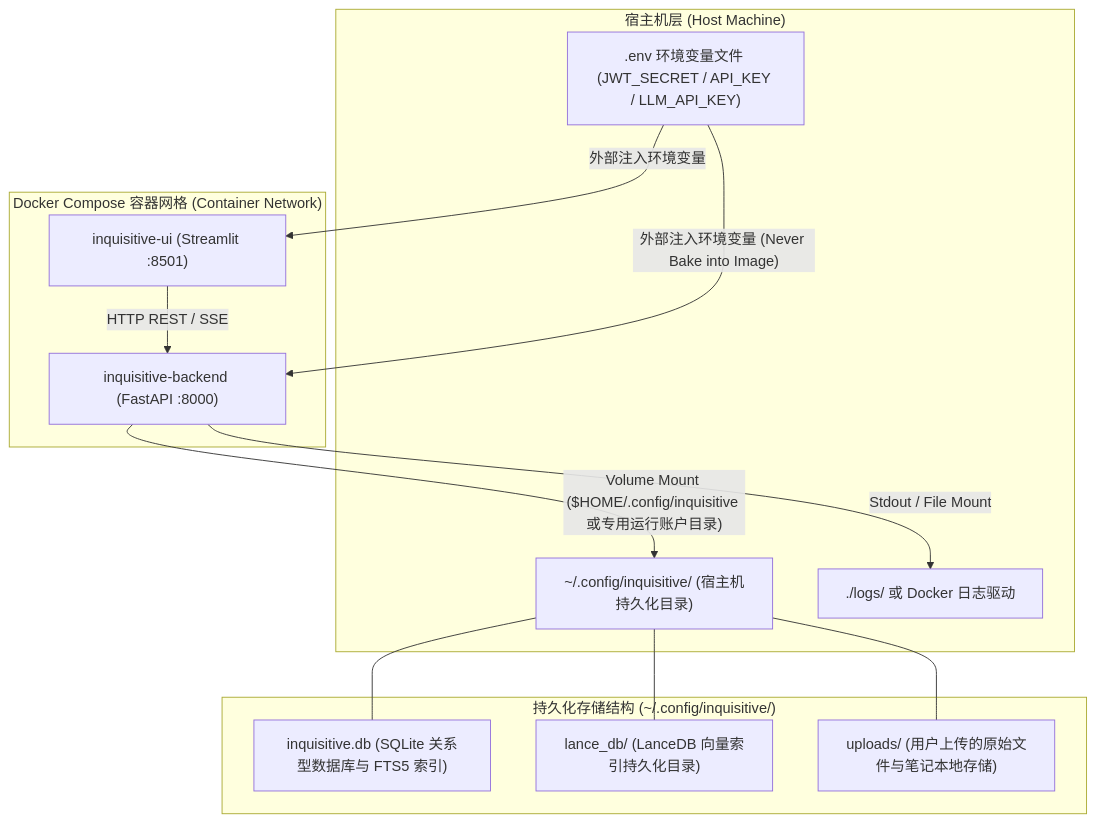
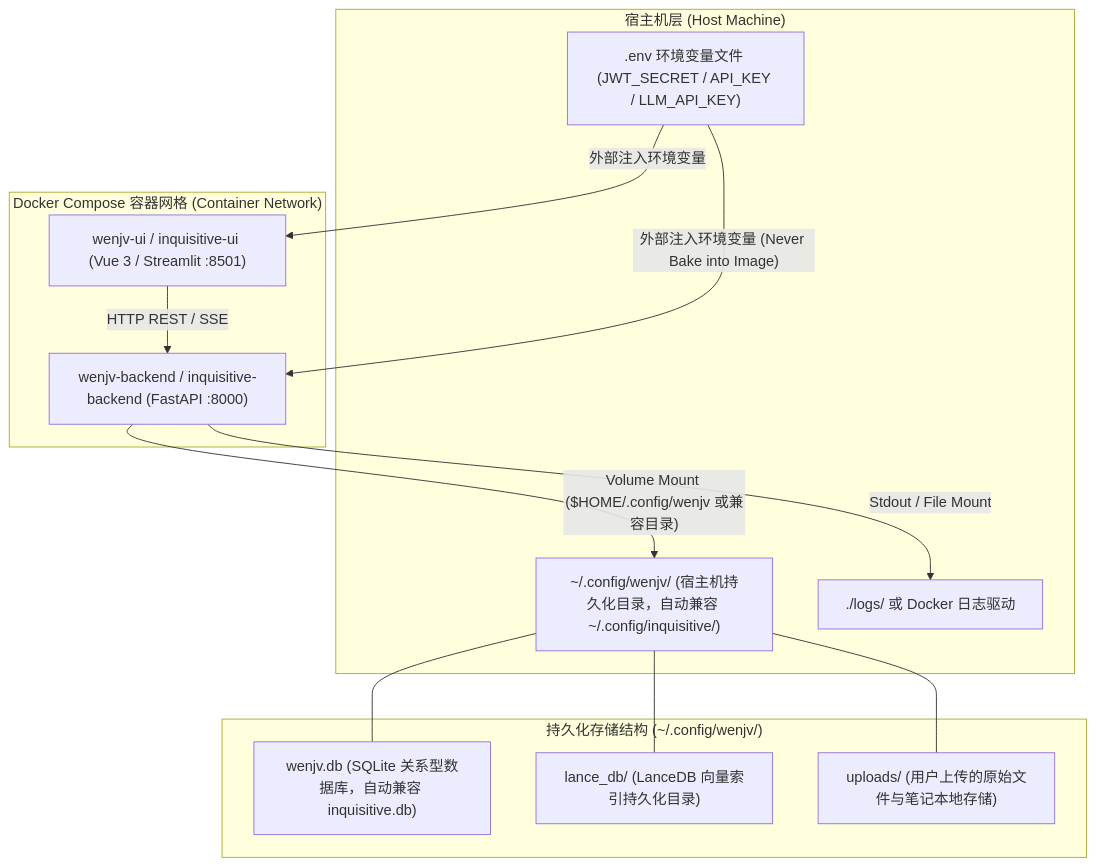
The diagram in docs/deployment-diagram.md (lanzaoi/wenjv), drawn with Mermaid before and after one commit. The commit also changed other lines of this file and 28 other files, not shown here.

````diff
--- a/docs/deployment-diagram.md
+++ b/docs/deployment-diagram.md
@@ -7,30 +7,30 @@
 ```mermaid
 graph TD
     subgraph Host ["宿主机层 (Host Machine)"]
         EnvFile[".env 环境变量文件 (JWT_SECRET / API_KEY / LLM_API_KEY)"]
-        DataDir["~/.config/inquisitive/ (宿主机持久化目录)"]
+        DataDir["~/.config/wenjv/ (宿主机持久化目录，自动兼容 ~/.config/inquisitive/)"]
         LogsDir["./logs/ 或 Docker 日志驱动"]
     end
 
     subgraph Docker ["Docker Compose 容器网格 (Container Network)"]
-        UI["inquisitive-ui (Streamlit :8501)"]
-        API["inquisitive-backend (FastAPI :8000)"]
+        UI["wenjv-ui / inquisitive-ui (Vue 3 / Streamlit :8501)"]
+        API["wenjv-backend / inquisitive-backend (FastAPI :8000)"]
     end
 
-    subgraph Storage ["持久化存储结构 (~/.config/inquisitive/)"]
-        SQLite["inquisitive.db (SQLite 关系型数据库与 FTS5 索引)"]
+    subgraph Storage ["持久化存储结构 (~/.config/wenjv/)"]
+        SQLite["wenjv.db (SQLite 关系型数据库，自动兼容 inquisitive.db)"]
         Lance["lance_db/ (LanceDB 向量索引持久化目录)"]
         Uploads["uploads/ (用户上传的原始文件与笔记本地存储)"]
     end
 
     %% Bindings & Mounts
     EnvFile -- "外部注入环境变量 (Never Bake into Image)" --> API
     EnvFile -- "外部注入环境变量" --> UI
     UI -- "HTTP REST / SSE" --> API
 
-    API -- "Volume Mount ($HOME/.config/inquisitive 或专用运行账户目录)" --> DataDir
+    API -- "Volume Mount ($HOME/.config/wenjv 或兼容目录)" --> DataDir
     DataDir --- SQLite
     DataDir --- Lance
     DataDir --- Uploads
     API -- "Stdout / File Mount" --> LogsDir
 ```
````
